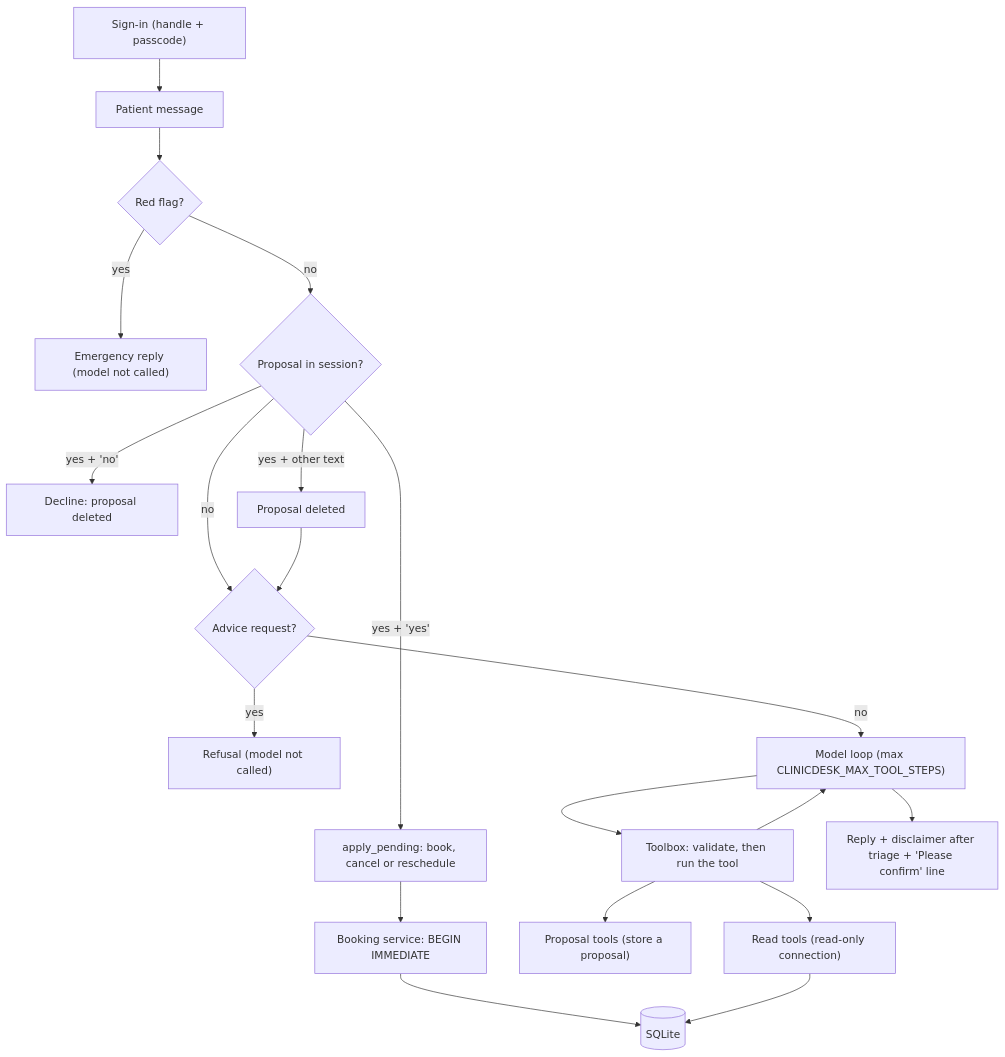
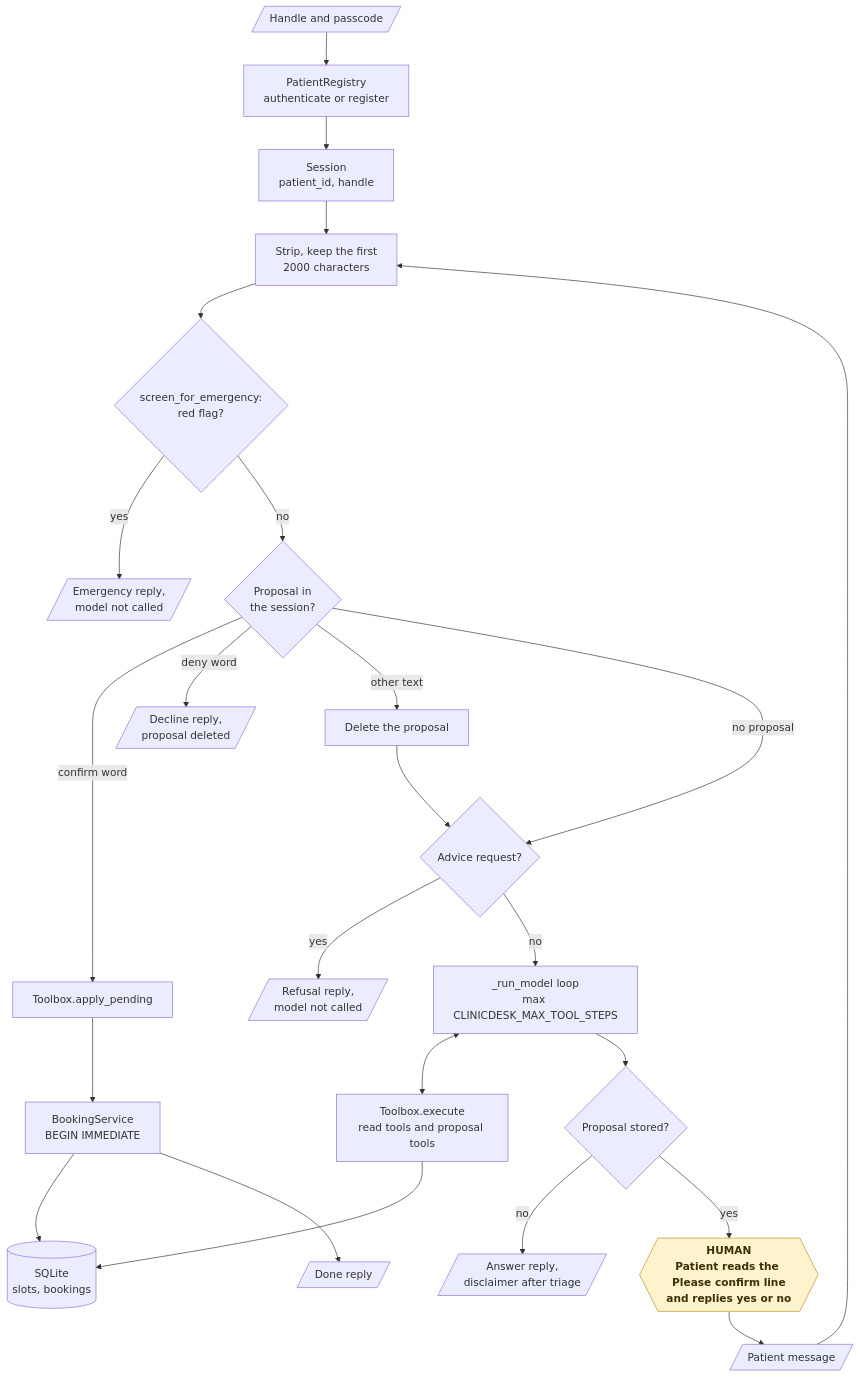
One commit to KrishnaAnnavaram/clinicdesk-agent changed the fifth of 21 diagrams in README.md. Above: the diagram before and after it, drawn with Mermaid. The commit also changed other lines of this file, not shown here.

Commit message:
Add the workflow diagrams to the README

````diff
--- a/README.md
+++ b/README.md
@@ -214,22 +257,29 @@
 ```mermaid
-flowchart TB
-    S["Sign-in (handle + passcode)"] --> M["Patient message"]
-    M --> RF{"Red flag?"}
-    RF -- "yes" --> EM["Emergency reply (model not called)"]
-    RF -- "no" --> PD{"Proposal in session?"}
-    PD -- "yes + 'yes'" --> AP["apply_pending: book, cancel or reschedule"]
-    PD -- "yes + 'no'" --> DC["Decline: proposal deleted"]
-    PD -- "yes + other text" --> DROP["Proposal deleted"]
-    PD -- "no" --> AR
+flowchart TD
+    CRED[/"Handle and passcode"/] --> SI["PatientRegistry<br/>authenticate or register"]
+    SI --> SES["Session<br/>patient_id, handle"]
+    MSG[/"Patient message"/] --> CUT["Strip, keep the first<br/>2000 characters"]
+    SES --> CUT
+    CUT --> RF{"screen_for_emergency:<br/>red flag?"}
+    RF -- "yes" --> EM[/"Emergency reply,<br/>model not called"/]
+    RF -- "no" --> PD{"Proposal in<br/>the session?"}
+    PD -- "confirm word" --> AP["Toolbox.apply_pending"]
+    PD -- "deny word" --> DC[/"Decline reply,<br/>proposal deleted"/]
+    PD -- "other text" --> DROP["Delete the proposal"]
+    PD -- "no proposal" --> AR
     DROP --> AR{"Advice request?"}
-    AR -- "yes" --> RE["Refusal (model not called)"]
-    AR -- "no" --> LOOP["Model loop (max CLINICDESK_MAX_TOOL_STEPS)"]
-    LOOP --> TB["Toolbox: validate, then run the tool"]
-    TB --> RD["Read tools (read-only connection)"]
-    TB --> PR["Proposal tools (store a proposal)"]
-    TB --> LOOP
-    LOOP --> RP["Reply + disclaimer after triage + 'Please confirm' line"]
-    AP --> BS["Booking service: BEGIN IMMEDIATE"]
-    BS --> DB[("SQLite")]
-    RD --> DB
+    AR -- "yes" --> RE[/"Refusal reply,<br/>model not called"/]
+    AR -- "no" --> LOOP["_run_model loop<br/>max CLINICDESK_MAX_TOOL_STEPS"]
+    LOOP <--> TB["Toolbox.execute<br/>read tools and proposal tools"]
+    TB --> DB
+    LOOP --> RP{"Proposal stored?"}
+    RP -- "no" --> ANS[/"Answer reply,<br/>disclaimer after triage"/]
+    RP -- "yes" --> HUM{{"HUMAN<br/>Patient reads the Please confirm line<br/>and replies yes or no"}}
+    HUM --> MSG
+    AP --> BS["BookingService<br/>BEGIN IMMEDIATE"]
+    BS --> DB[("SQLite<br/>slots, bookings")]
+    BS --> DONE[/"Done reply"/]
+
+    classDef human fill:#fff3cd,stroke:#b8901f,color:#3d2f00,font-weight:bold
+    class HUM human
 ```
````
